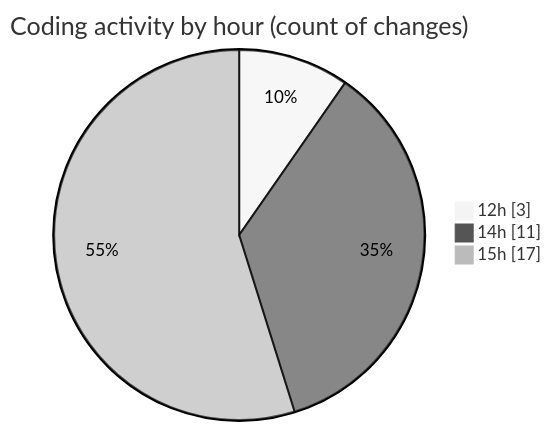
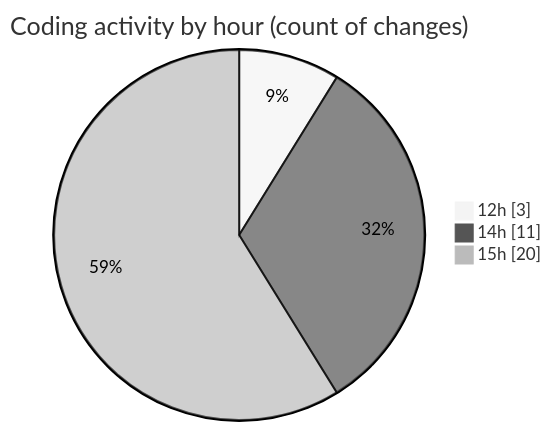
The second of 2 diagrams in 2026-07-27/untitled__workspace_/README.md (debugP/code-tracking), drawn with Mermaid (neutral theme) before and after one commit. The commit also changed other lines of this file and 1 other file, not shown here.

````diff
--- a/2026-07-27/untitled__workspace_/README.md
+++ b/2026-07-27/untitled__workspace_/README.md
@@ -33,7 +33,7 @@
 ```mermaid
 pie showData
 title Coding activity by hour (count of changes)
 "12h" : 3
 "14h" : 11
-"15h" : 17
+"15h" : 20
 ```
````
